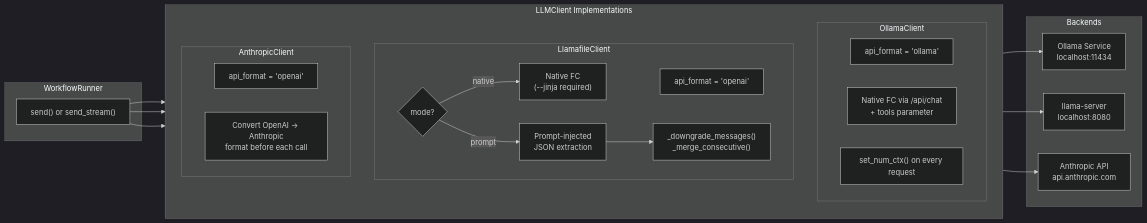
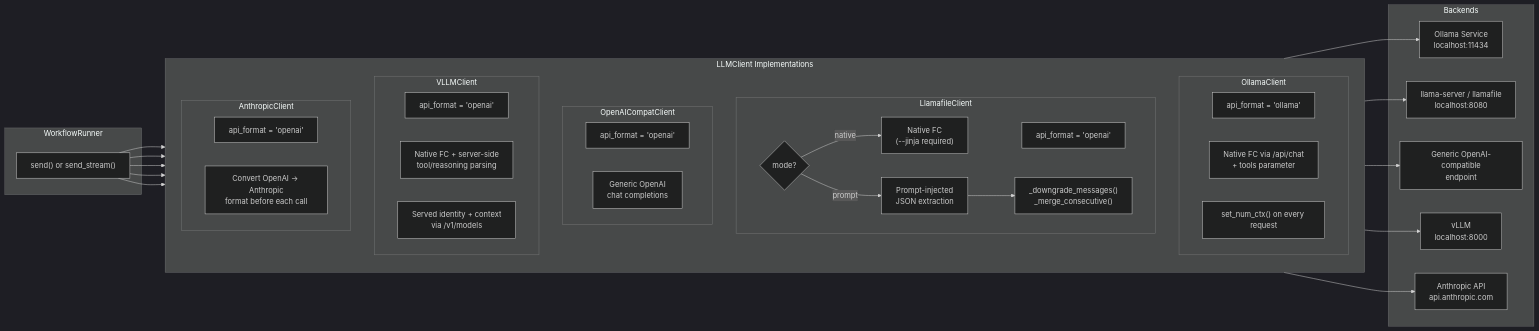
One commit to antoinezambelli/forge changed the fourth of 7 diagrams in docs/WORKFLOW.md. Above: the diagram before and after it, drawn with Mermaid (dark theme). The commit also changed other lines of this file and 71 other files, not shown here.

````diff
--- a/docs/WORKFLOW.md
+++ b/docs/WORKFLOW.md
@@ -222,42 +226,57 @@
 ```mermaid
 flowchart LR
     subgraph Runner["WorkflowRunner"]
         SEND_CALL["send() or send_stream()"]
     end
 
     subgraph Clients["LLMClient Implementations"]
         direction TB
 
         subgraph OL["OllamaClient"]
             OL_API["api_format = 'ollama'"]
             OL_NATIVE["Native FC via /api/chat<br/>+ tools parameter"]
             OL_CTX["set_num_ctx() on every request"]
         end
 
         subgraph LF["LlamafileClient"]
             LF_API["api_format = 'openai'"]
             LF_MODE{"mode?"}
             LF_NATIVE["Native FC<br/>(--jinja required)"]
             LF_PROMPT["Prompt-injected<br/>JSON extraction"]
             LF_DOWN["_downgrade_messages()<br/>_merge_consecutive()"]
             LF_MODE -- "native" --> LF_NATIVE
             LF_MODE -- "prompt" --> LF_PROMPT
             LF_PROMPT --> LF_DOWN
         end
 
+        subgraph OAI["OpenAICompatClient"]
+            OAI_API["api_format = 'openai'"]
+            OAI_NATIVE["Generic OpenAI<br/>chat completions"]
+        end
+
+        subgraph VL["VLLMClient"]
+            VL_API["api_format = 'openai'"]
+            VL_NATIVE["Native FC + server-side<br/>tool/reasoning parsing"]
+            VL_ID["Served identity + context<br/>via /v1/models"]
+        end
+
         subgraph AN["AnthropicClient"]
             AN_API["api_format = 'openai'"]
             AN_CONV["Convert OpenAI → Anthropic<br/>format before each call"]
         end
     end
 
     subgraph Backends["Backends"]
         OLLAMA_SVC["Ollama Service<br/>localhost:11434"]
-        LLAMA_SRV["llama-server<br/>localhost:8080"]
+        LLAMA_SRV["llama-server / llamafile<br/>localhost:8080"]
+        OPENAI_SVC["Generic OpenAI-compatible<br/>endpoint"]
+        VLLM_SVC["vLLM<br/>localhost:8000"]
         ANTHROPIC["Anthropic API<br/>api.anthropic.com"]
     end
 
     SEND_CALL --> OL --> OLLAMA_SVC
     SEND_CALL --> LF --> LLAMA_SRV
+    SEND_CALL --> OAI --> OPENAI_SVC
+    SEND_CALL --> VL --> VLLM_SVC
     SEND_CALL --> AN --> ANTHROPIC
 ```
````
